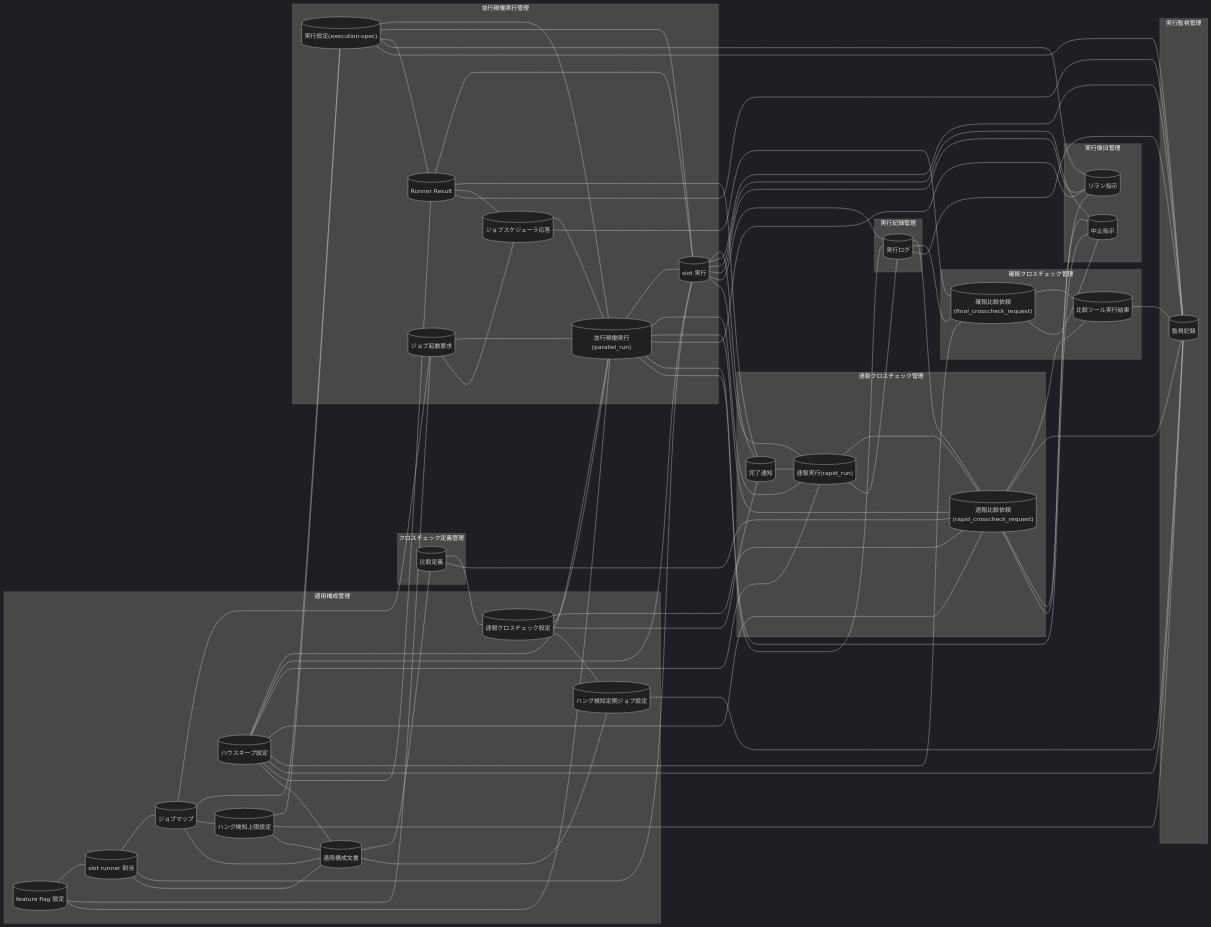
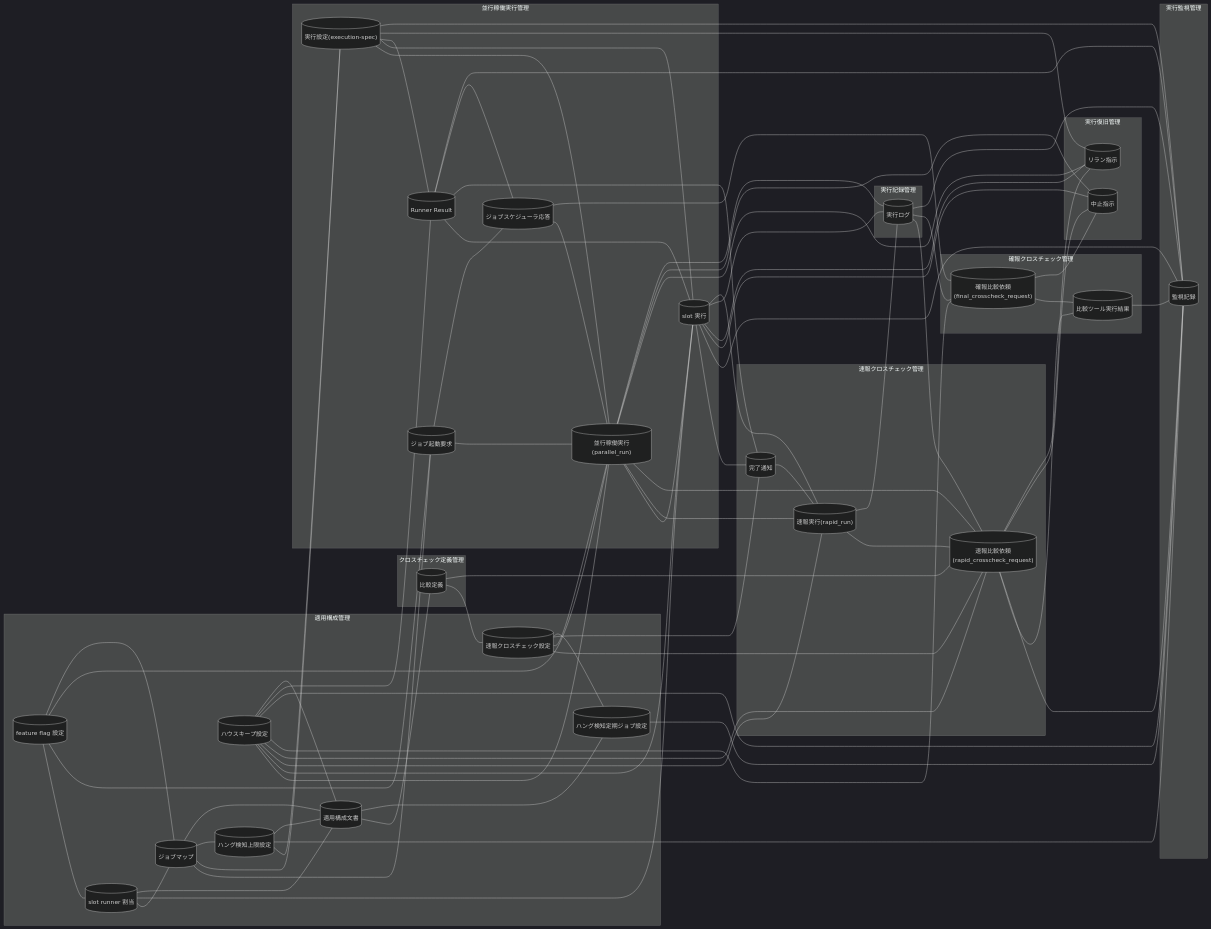
One commit to suwa-sh/relay-gate changed the diagram in docs/rdra/latest/views/05_情報モデル.md. Above: the diagram before and after it, drawn with Mermaid (dark theme). The commit also changed other lines of this file and 1190 other files, not shown here.

```diff
--- a/docs/rdra/latest/views/05_情報モデル.md
+++ b/docs/rdra/latest/views/05_情報モデル.md
@@ -49,6 +49,7 @@
   IF1 --- IF2
   IF1 --- IF10
   IF1 --- IF14
+  IF1 --- IF3
   IF2 --- IF3
   IF2 --- IF15
   IF2 --- IF5
```
